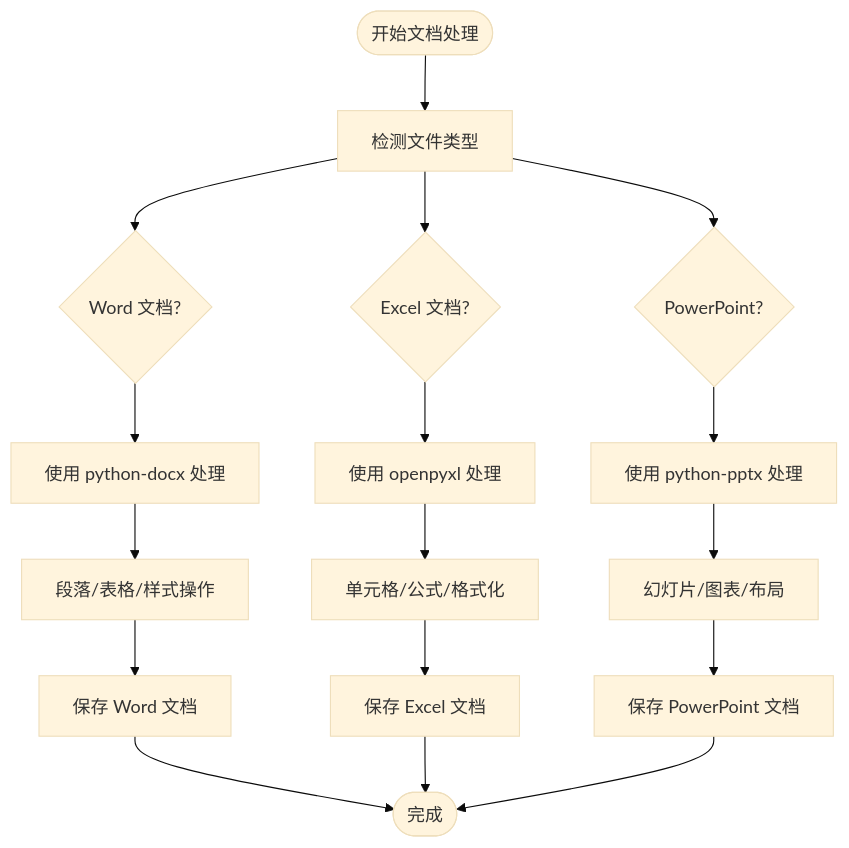
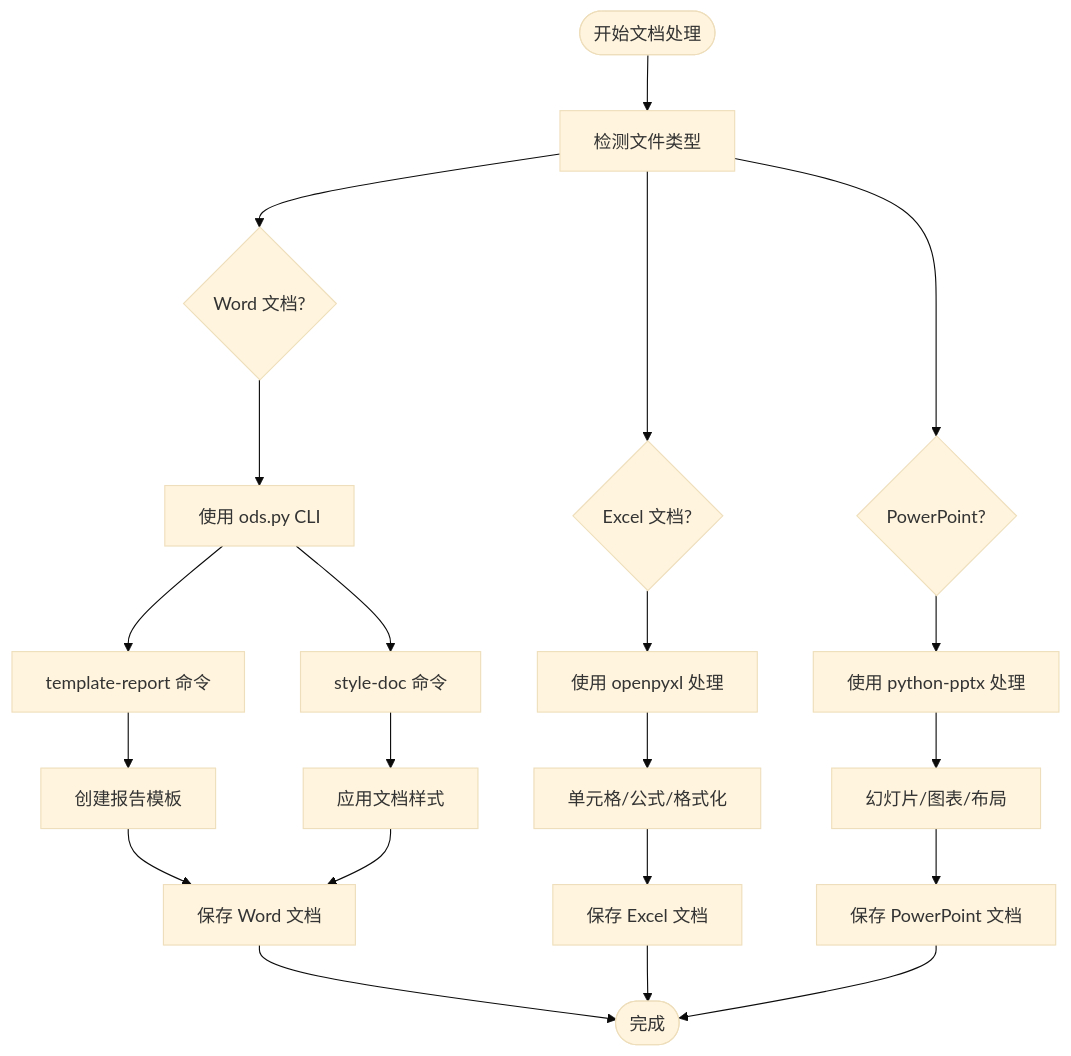
The third of 8 diagrams in .qoder/repowiki/zh/content/技能平台/内置技能/Office 文档专家套件.md (verse-ai-org/openclaw), drawn with Mermaid (base theme) before and after one commit. The commit also changed other lines of this file and 11 other files, not shown here.

````diff
--- a/.qoder/repowiki/zh/content/技能平台/内置技能/Office 文档专家套件.md
+++ b/.qoder/repowiki/zh/content/技能平台/内置技能/Office 文档专家套件.md
@@ -140,19 +177,23 @@
 ```mermaid
 flowchart TD
 Start([开始文档处理]) --> Detect[检测文件类型]
 Detect --> Word{Word 文档?}
 Detect --> Excel{Excel 文档?}
 Detect --> PPT{PowerPoint?}
-Word --> WordProcess[使用 python-docx 处理]
+Word --> CLI[使用 ods.py CLI]
 Excel --> ExcelProcess[使用 openpyxl 处理]
 PPT --> PPTProcess[使用 python-pptx 处理]
-WordProcess --> WordOps[段落/表格/样式操作]
+CLI --> Template[template-report 命令]
+CLI --> Style[style-doc 命令]
+Template --> WordOps[创建报告模板]
+Style --> WordOps2[应用文档样式]
 ExcelProcess --> ExcelOps[单元格/公式/格式化]
 PPTProcess --> PPTOps[幻灯片/图表/布局]
 WordOps --> WordSave[保存 Word 文档]
+WordOps2 --> WordSave
 ExcelOps --> ExcelSave[保存 Excel 文档]
 PPTOps --> PPtSave[保存 PowerPoint 文档]
 WordSave --> End([完成])
 ExcelSave --> End
 PPtSave --> End
 ```
````
